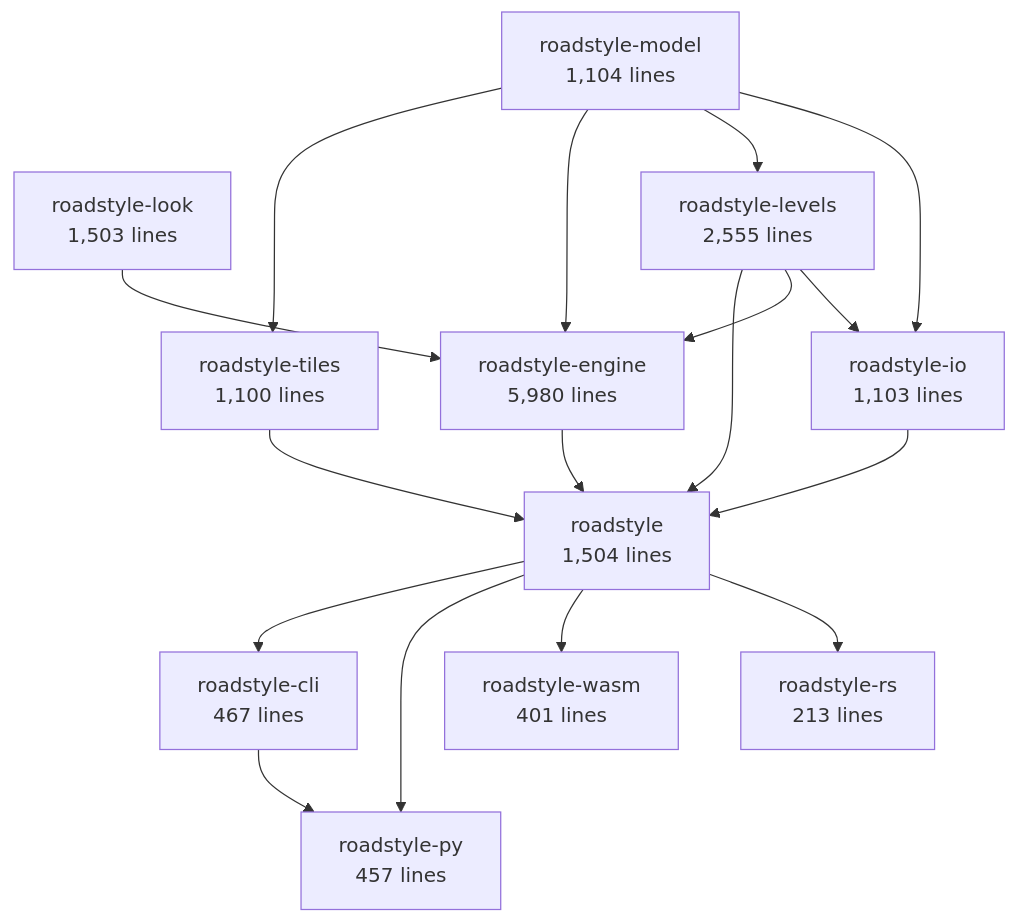
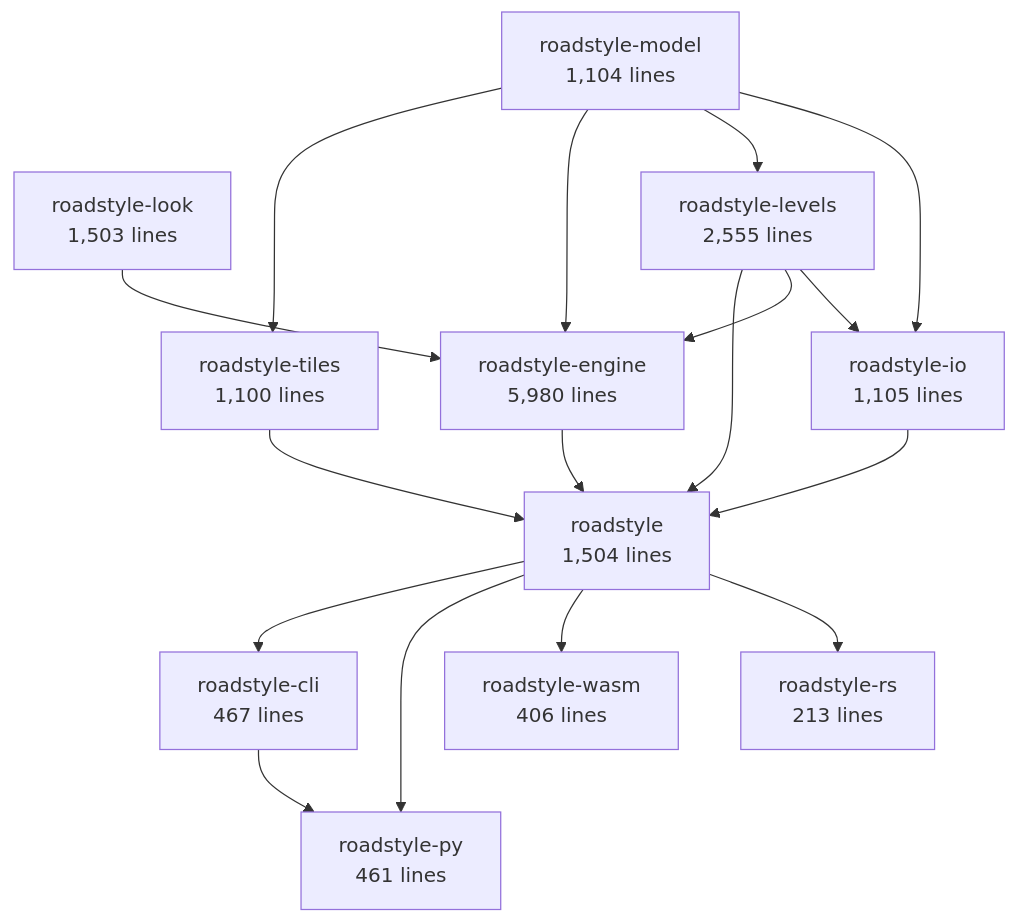
One commit to Khoshkhah/roadstyle changed the second of 6 diagrams in docs/rust/architecture.md. Above: the diagram before and after it, drawn with Mermaid. The commit also changed other lines of this file and 6 other files, not shown here.

````diff
--- a/docs/rust/architecture.md
+++ b/docs/rust/architecture.md
@@ -69,30 +69,30 @@
 ```mermaid
 flowchart TB
     roadstyle_model["roadstyle-model<br/>1,104 lines"]
     roadstyle_look["roadstyle-look<br/>1,503 lines"]
-    roadstyle_io["roadstyle-io<br/>1,103 lines"]
+    roadstyle_io["roadstyle-io<br/>1,105 lines"]
     roadstyle_levels["roadstyle-levels<br/>2,555 lines"]
     roadstyle_engine["roadstyle-engine<br/>5,980 lines"]
     roadstyle_tiles["roadstyle-tiles<br/>1,100 lines"]
     roadstyle["roadstyle<br/>1,504 lines"]
     roadstyle_rs["roadstyle-rs<br/>213 lines"]
-    roadstyle_wasm["roadstyle-wasm<br/>401 lines"]
-    roadstyle_py["roadstyle-py<br/>457 lines"]
+    roadstyle_wasm["roadstyle-wasm<br/>406 lines"]
+    roadstyle_py["roadstyle-py<br/>461 lines"]
     roadstyle_cli["roadstyle-cli<br/>467 lines"]
     roadstyle_levels --> roadstyle_io
     roadstyle_model --> roadstyle_io
     roadstyle_model --> roadstyle_levels
     roadstyle_levels --> roadstyle_engine
     roadstyle_look --> roadstyle_engine
     roadstyle_model --> roadstyle_engine
     roadstyle_model --> roadstyle_tiles
     roadstyle_engine --> roadstyle
     roadstyle_io --> roadstyle
     roadstyle_levels --> roadstyle
     roadstyle_tiles --> roadstyle
     roadstyle --> roadstyle_rs
     roadstyle --> roadstyle_wasm
     roadstyle --> roadstyle_py
     roadstyle_cli --> roadstyle_py
     roadstyle --> roadstyle_cli
 ```
````
